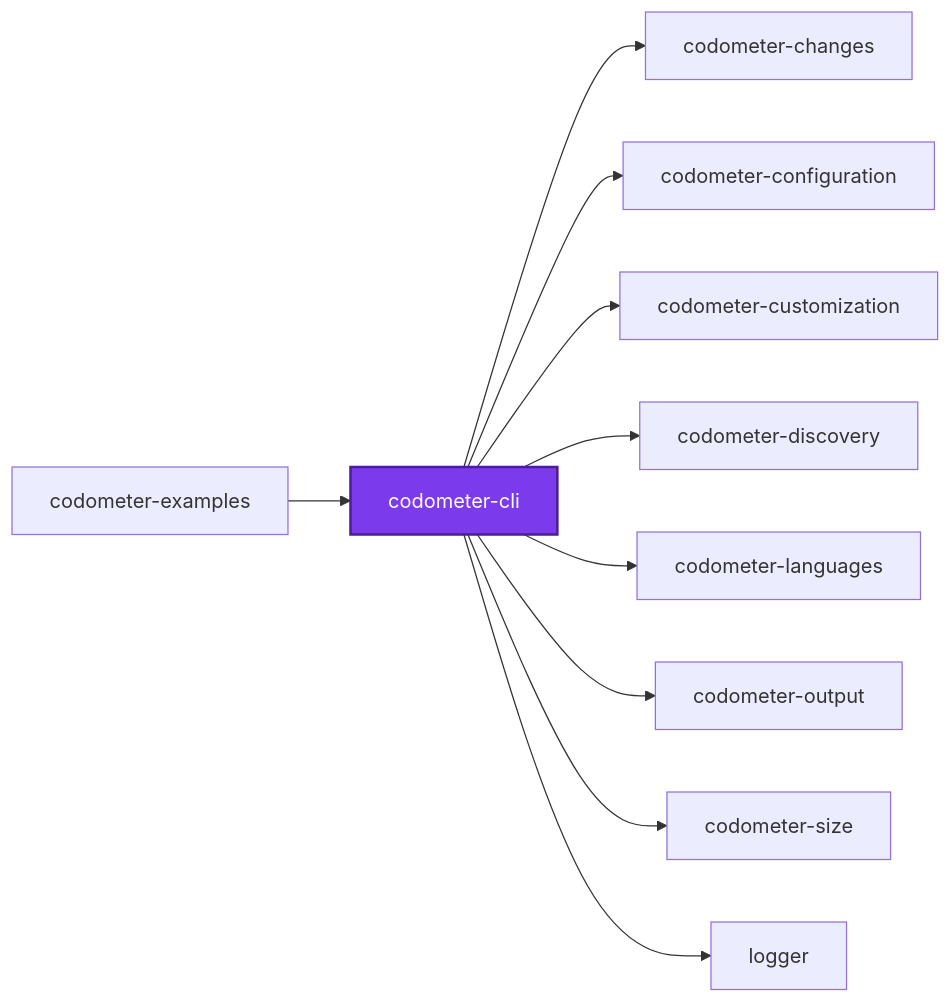
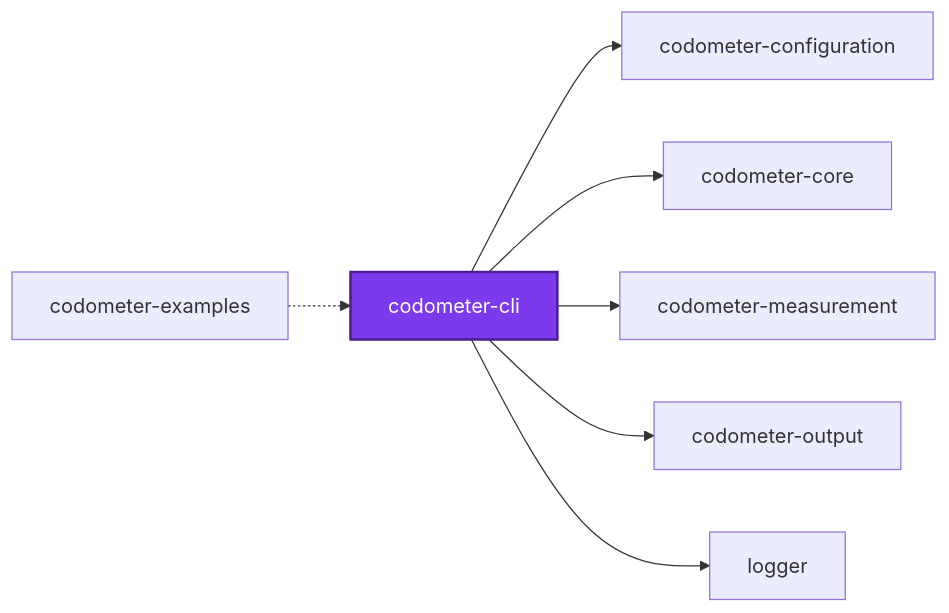
Before and after one commit to JimmyPaolini/codebase: the first of 3 diagrams in packages/ic-suite/codometer/codometer-cli/README.md, drawn with Mermaid. The commit also changed other lines of this file and 248 other files, not shown here.

````diff
--- a/packages/ic-suite/codometer/codometer-cli/README.md
+++ b/packages/ic-suite/codometer/codometer-cli/README.md
@@ -896,24 +872,18 @@
 ```mermaid
 graph LR
-  codometer_changes["codometer-changes"]
   codometer_cli["codometer-cli"]
   codometer_configuration["codometer-configuration"]
-  codometer_customization["codometer-customization"]
-  codometer_discovery["codometer-discovery"]
+  codometer_core["codometer-core"]
   codometer_examples["codometer-examples"]
-  codometer_languages["codometer-languages"]
+  codometer_measurement["codometer-measurement"]
   codometer_output["codometer-output"]
-  codometer_size["codometer-size"]
   logger["logger"]
-  codometer_cli --> codometer_changes
   codometer_cli --> codometer_configuration
-  codometer_cli --> codometer_customization
-  codometer_cli --> codometer_discovery
-  codometer_cli --> codometer_languages
+  codometer_cli --> codometer_core
+  codometer_cli --> codometer_measurement
   codometer_cli --> codometer_output
-  codometer_cli --> codometer_size
   codometer_cli --> logger
-  codometer_examples --> codometer_cli
+  codometer_examples -.-> codometer_cli
   classDef subject fill:#7c3aed,color:#fff,stroke:#4c1d95,stroke-width:2px
   class codometer_cli subject
 ```
````
